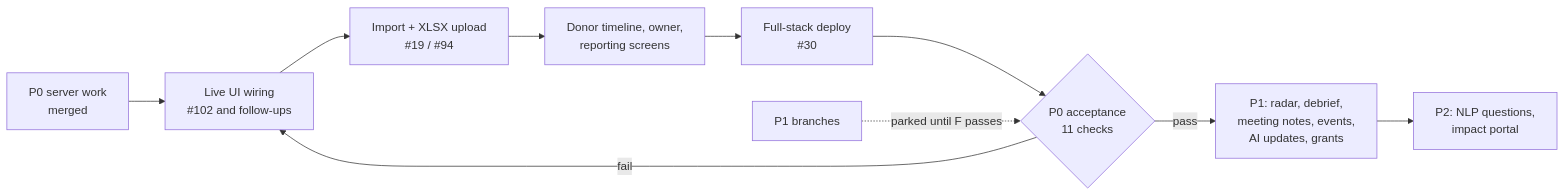
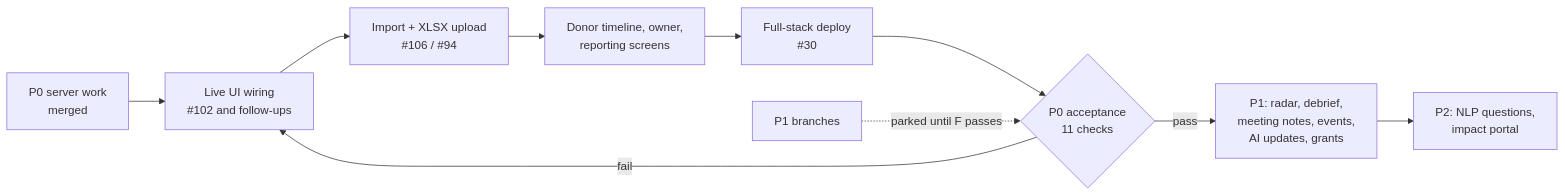
One commit to 2026-Arizona-Opportunity-Hack/avengers-CodinginColor changed the diagram in docs/P0-LIVE-PLAN.md. Above: the diagram before and after it, drawn with Mermaid. The commit also changed other lines of this file, not shown here.

````diff
--- a/docs/P0-LIVE-PLAN.md
+++ b/docs/P0-LIVE-PLAN.md
@@ -109,12 +92,12 @@
 ```mermaid
 flowchart LR
   A[P0 server work<br/>merged] --> B[Live UI wiring<br/>#102 and follow-ups]
-  B --> C[Import + XLSX upload<br/>#19 / #94]
+  B --> C[Import + XLSX upload<br/>#106 / #94]
   C --> D[Donor timeline, owner,<br/>reporting screens]
   D --> E[Full-stack deploy<br/>#30]
   E --> F{P0 acceptance<br/>11 checks}
   F -- fail --> B
   F -- pass --> G[P1: radar, debrief,<br/>meeting notes, events,<br/>AI updates, grants]
   G --> H[P2: NLP questions,<br/>impact portal]
   X[P1 branches] -. parked until F passes .-> F
 ```
````
